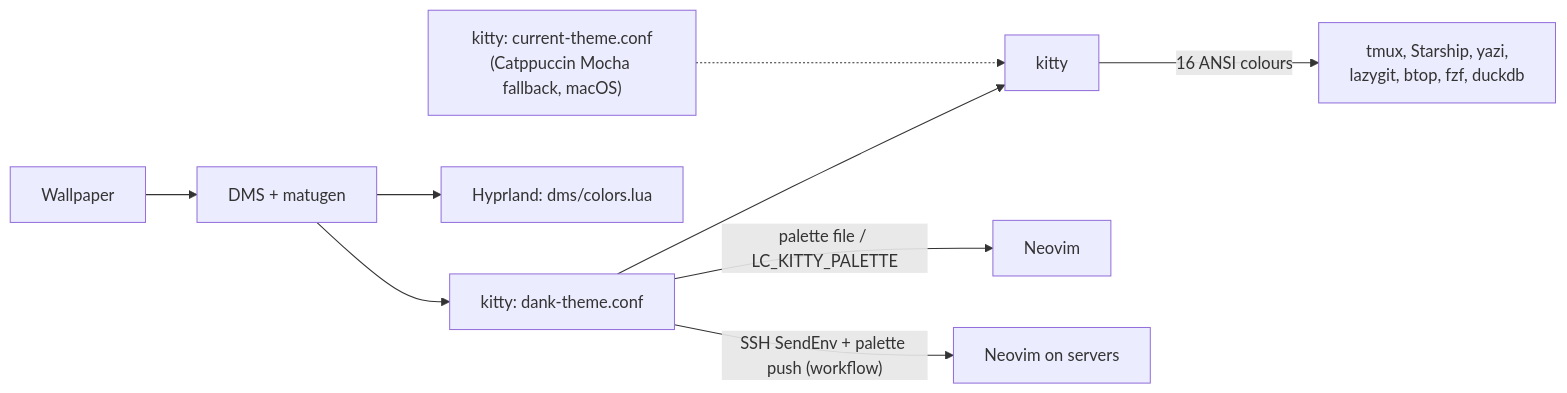
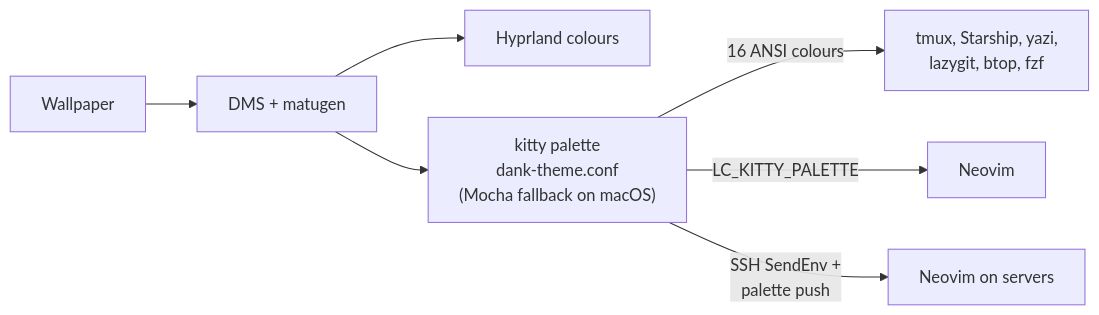
The diagram in README.md (anhtt20172948/dotfiles), drawn with Mermaid before and after one commit. The commit also changed other lines of this file, not shown here.

Commit message:
docs: simplify the palette diagram and list bootstrap steps per platform

````diff
--- a/README.md
+++ b/README.md
@@ -58,11 +58,9 @@
 ```mermaid
 flowchart LR
   wallpaper[Wallpaper] --> dms["DMS + matugen"]
-  dms --> dank["kitty: dank-theme.conf"]
-  dms --> hypr["Hyprland: dms/colors.lua"]
-  mocha["kitty: current-theme.conf<br/>(Catppuccin Mocha fallback, macOS)"] -.-> kitty
-  dank --> kitty[kitty]
-  kitty -- "16 ANSI colours" --> tuis["tmux, Starship, yazi,<br/>lazygit, btop, fzf, duckdb"]
-  dank -- "palette file / LC_KITTY_PALETTE" --> nvim[Neovim]
-  dank -- "SSH SendEnv + palette push (workflow)" --> remote["Neovim on servers"]
+  dms --> hypr["Hyprland colours"]
+  dms --> palette["kitty palette<br/>dank-theme.conf<br/>(Mocha fallback on macOS)"]
+  palette -- "16 ANSI colours" --> tuis["tmux, Starship, yazi,<br/>lazygit, btop, fzf"]
+  palette -- "LC_KITTY_PALETTE" --> nvim["Neovim"]
+  palette -- "SSH SendEnv +<br/>palette push" --> remote["Neovim on servers"]
 ```
````
